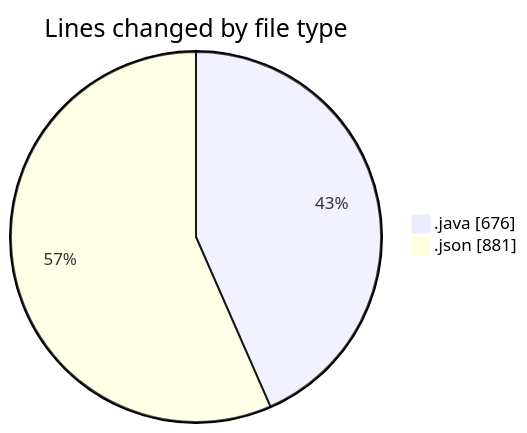
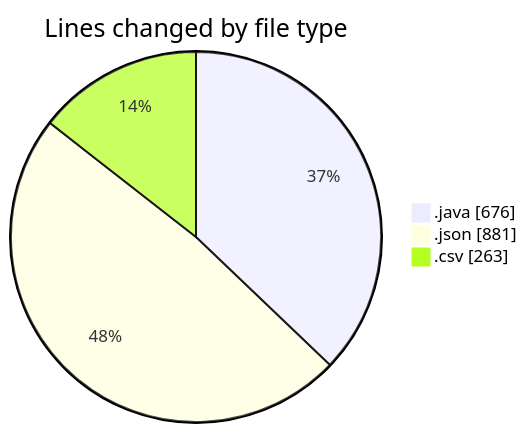
Before and after one commit to ricardozamudiocil/code-tracking: the first of 2 diagrams in 2026-02-24/cilapp/README.md, drawn with Mermaid. The commit also changed other lines of this file and 1 other file, not shown here.

````diff
--- a/2026-02-24/cilapp/README.md
+++ b/2026-02-24/cilapp/README.md
@@ -21,6 +22,7 @@
 ```mermaid
 pie showData
 title Lines changed by file type
 ".java" : 676
 ".json" : 881
+".csv" : 263
 ```
````
